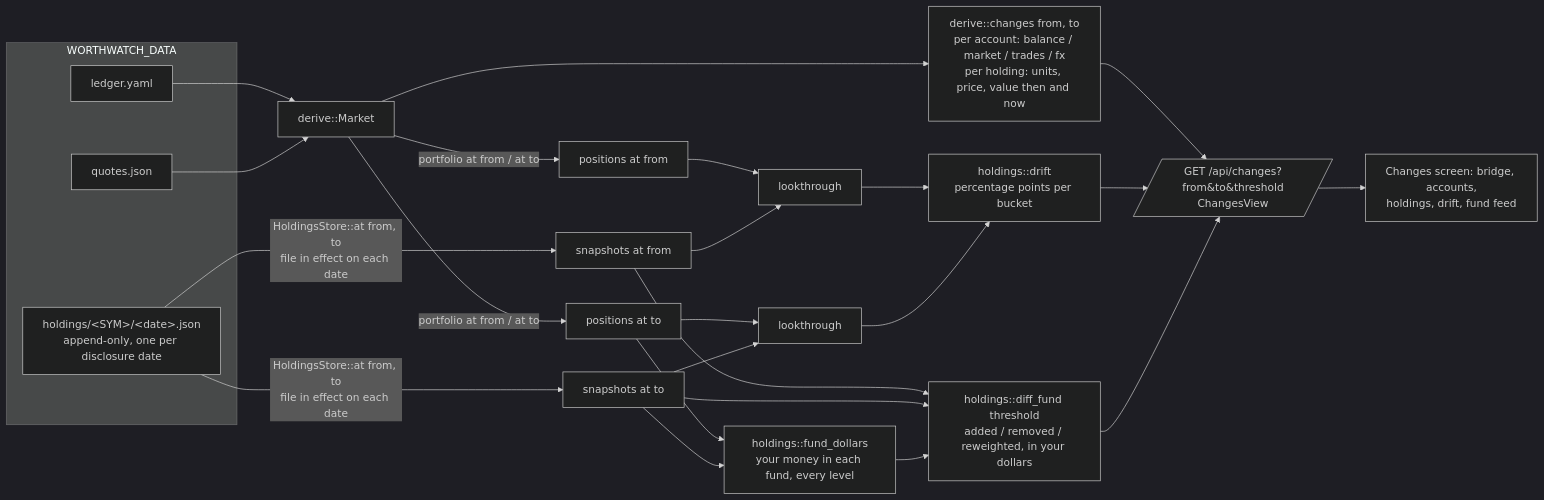
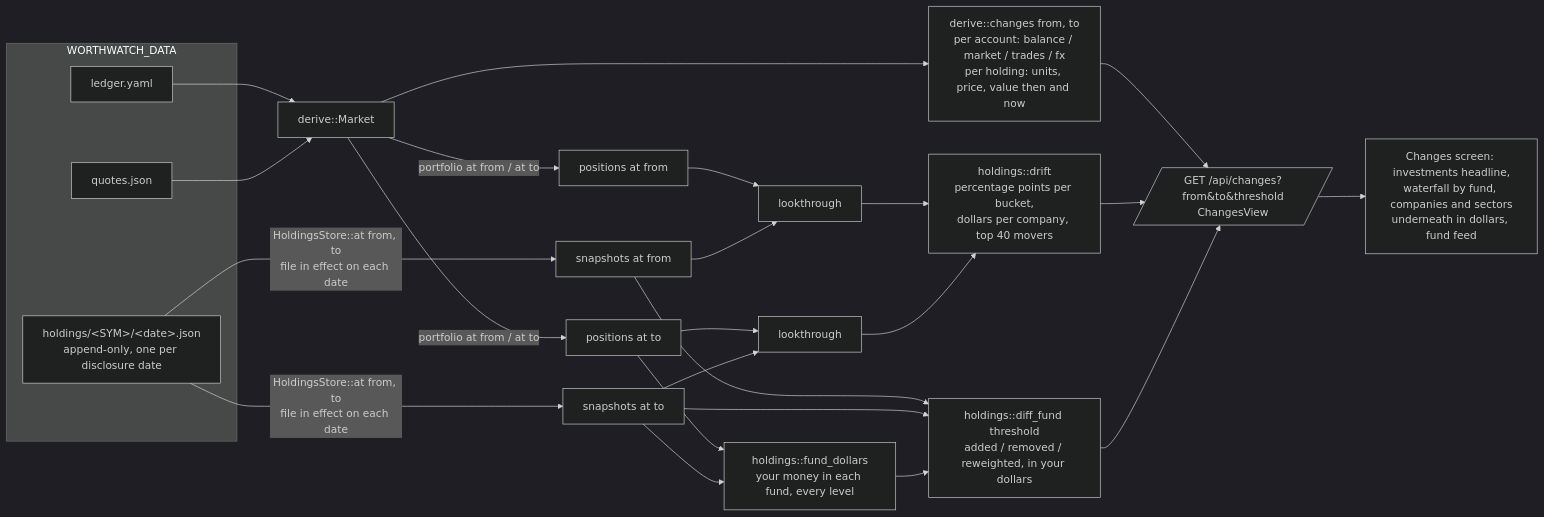
The fourth of 9 diagrams in docs/develop/data-flows.md (Akazai-A/Worthwatch), drawn with Mermaid (dark theme) before and after one commit. The commit also changed other lines of this file and 34 other files, not shown here.

````diff
--- a/docs/develop/data-flows.md
+++ b/docs/develop/data-flows.md
@@ -133,19 +133,19 @@
 ```mermaid
 flowchart LR
   subgraph disk [WORTHWATCH_DATA]
     L[ledger.yaml]
     Q[quotes.json]
     H[holdings/&lt;SYM&gt;/&lt;date&gt;.json<br/>append-only, one per disclosure date]
   end
   L & Q --> M[derive::Market]
   M --> C[derive::changes from, to<br/>per account: balance / market / trades / fx<br/>per holding: units, price, value then and now]
   H -->|HoldingsStore::at from, to<br/>file in effect on each date| S0[snapshots at from] & S1[snapshots at to]
   M -->|portfolio at from / at to| P0[positions at from] & P1[positions at to]
   P0 & S0 --> LT0[lookthrough]
   P1 & S1 --> LT1[lookthrough]
-  LT0 & LT1 --> DR[holdings::drift<br/>percentage points per bucket]
+  LT0 & LT1 --> DR[holdings::drift<br/>percentage points per bucket,<br/>dollars per company, top 40 movers]
   P1 & S1 --> FD[holdings::fund_dollars<br/>your money in each fund, every level]
   S0 & S1 & FD --> FF[holdings::diff_fund threshold<br/>added / removed / reweighted, in your dollars]
   C & DR & FF --> V[/GET /api/changes?from&to&threshold<br/>ChangesView/]
-  V --> UI[Changes screen: bridge, accounts,<br/>holdings, drift, fund feed]
+  V --> UI[Changes screen: investments headline,<br/>waterfall by fund, companies and sectors<br/>underneath in dollars, fund feed]
 ```
````
